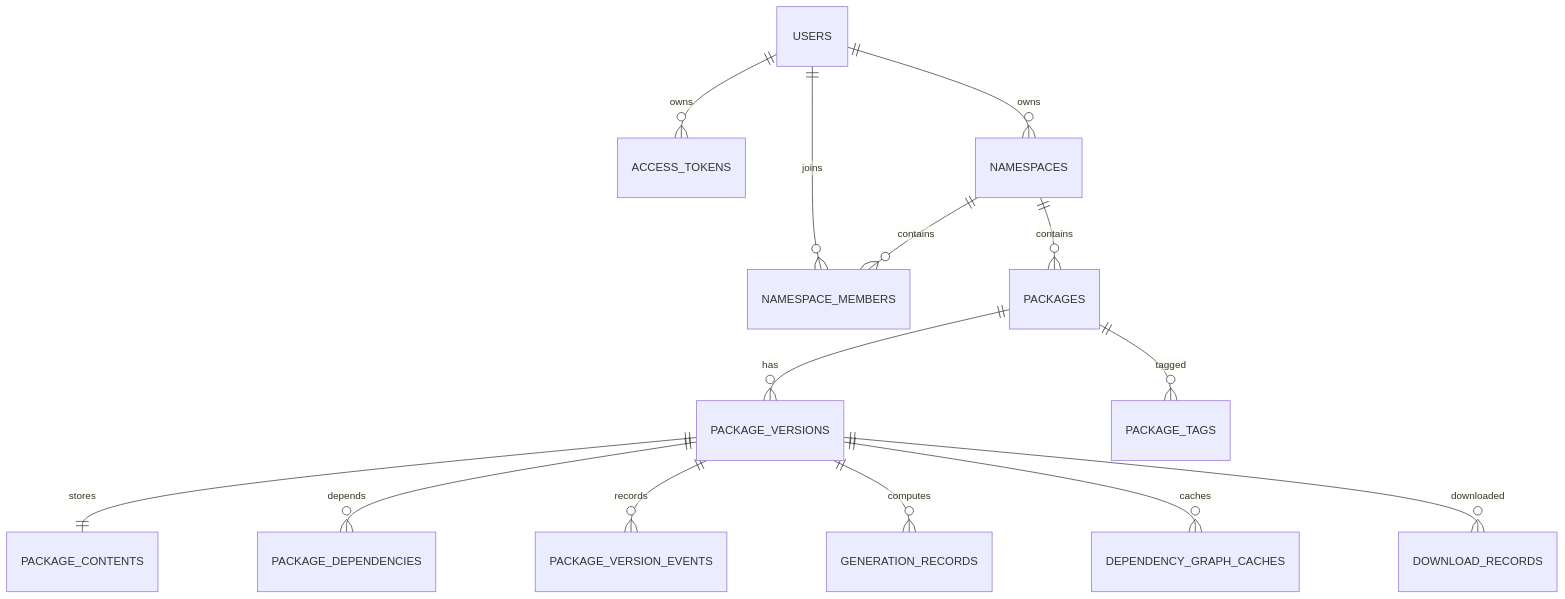
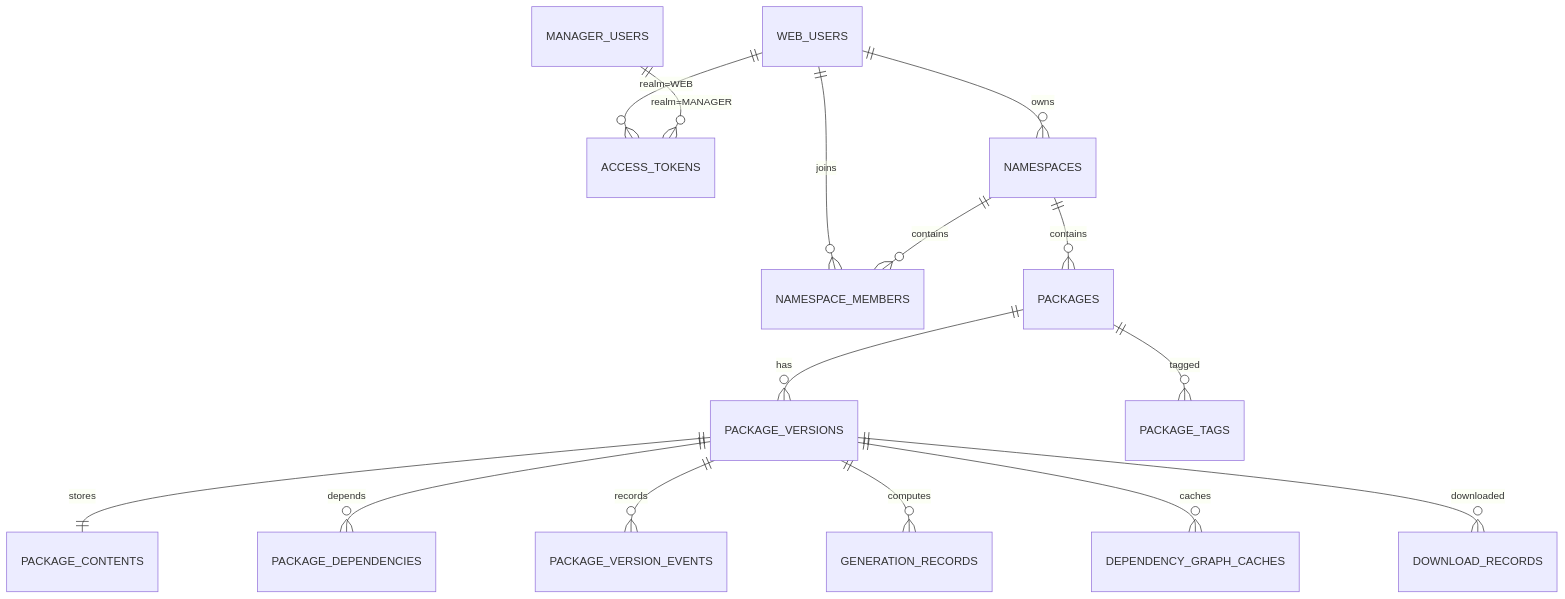
The diagram in docs/design/db-server.md (mark0725/prompts-glue), drawn with Mermaid before and after one commit. The commit also changed other lines of this file and 53 other files, not shown here.

````diff
--- a/docs/design/db-server.md
+++ b/docs/design/db-server.md
@@ -536,16 +605,17 @@
 ```mermaid
 erDiagram
-    USERS ||--o{ ACCESS_TOKENS : owns
-    USERS ||--o{ NAMESPACES : owns
-    USERS ||--o{ NAMESPACE_MEMBERS : joins
+    WEB_USERS ||--o{ ACCESS_TOKENS : "realm=WEB"
+    MANAGER_USERS ||--o{ ACCESS_TOKENS : "realm=MANAGER"
+    WEB_USERS ||--o{ NAMESPACES : owns
+    WEB_USERS ||--o{ NAMESPACE_MEMBERS : joins
     NAMESPACES ||--o{ NAMESPACE_MEMBERS : contains
     NAMESPACES ||--o{ PACKAGES : contains
     PACKAGES ||--o{ PACKAGE_VERSIONS : has
     PACKAGE_VERSIONS ||--|| PACKAGE_CONTENTS : stores
     PACKAGES ||--o{ PACKAGE_TAGS : tagged
     PACKAGE_VERSIONS ||--o{ PACKAGE_DEPENDENCIES : depends
     PACKAGE_VERSIONS ||--o{ PACKAGE_VERSION_EVENTS : records
     PACKAGE_VERSIONS ||--o{ GENERATION_RECORDS : computes
     PACKAGE_VERSIONS ||--o{ DEPENDENCY_GRAPH_CACHES : caches
     PACKAGE_VERSIONS ||--o{ DOWNLOAD_RECORDS : downloaded
 ```
````
